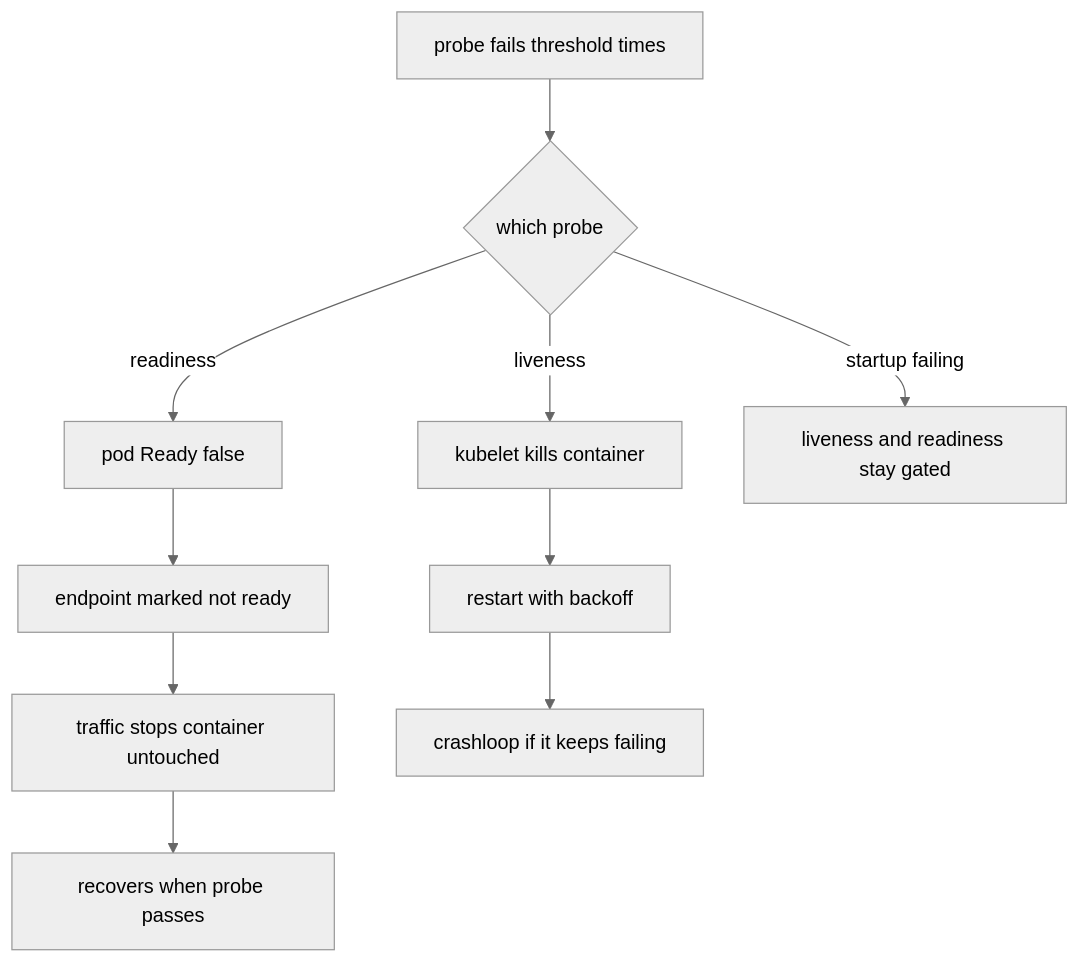
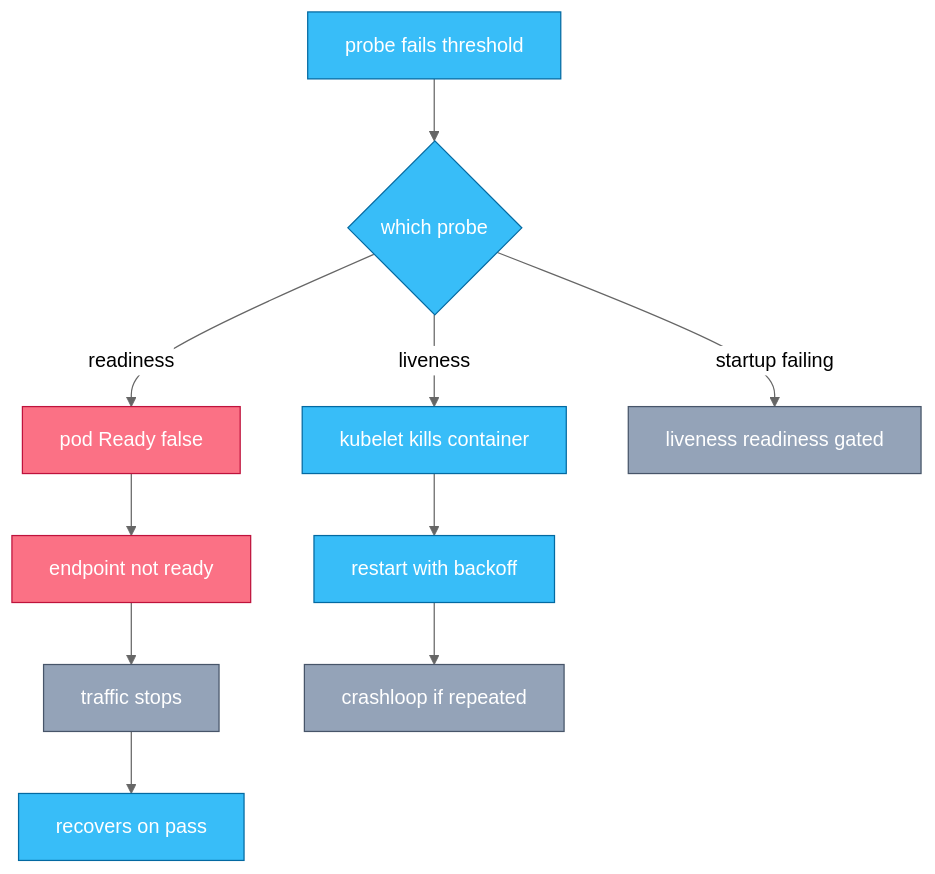
Before and after one commit to sanketsudake/k8s-worksheet: the sixth of 7 diagrams in chapters/ch04.md, drawn with Mermaid (neutral theme). The commit also changed other lines of this file and 2 other files, not shown here.

First line of the commit message:
ch04, ch08, ch09: shrink diagrams as far as text allows

````diff
--- a/chapters/ch04.md
+++ b/chapters/ch04.md
@@ -238,12 +246,18 @@
 ```mermaid
 flowchart TD
-  P[probe fails threshold times] --> Q{which probe}
+  P[probe fails threshold] --> Q{which probe}
   Q -->|readiness| NR[pod Ready false]
-  NR --> EP[endpoint marked not ready]
-  EP --> TS[traffic stops container untouched]
-  TS --> RC[recovers when probe passes]
+  NR --> EP[endpoint not ready]
+  EP --> TS[traffic stops]
+  TS --> RC[recovers on pass]
   Q -->|liveness| K[kubelet kills container]
   K --> RS[restart with backoff]
-  RS --> CL[crashloop if it keeps failing]
-  Q -->|startup failing| G[liveness and readiness stay gated]
+  RS --> CL[crashloop if repeated]
+  Q -->|startup failing| G[liveness readiness gated]
+  classDef process fill:#38bdf8,stroke:#0369a1,color:#fff
+  classDef resource fill:#fb7185,stroke:#be123c,color:#fff
+  classDef standby fill:#94a3b8,stroke:#475569,color:#fff
+  class P,Q,RC,K,RS process
+  class NR,EP resource
+  class TS,CL,G standby
 ```
````
